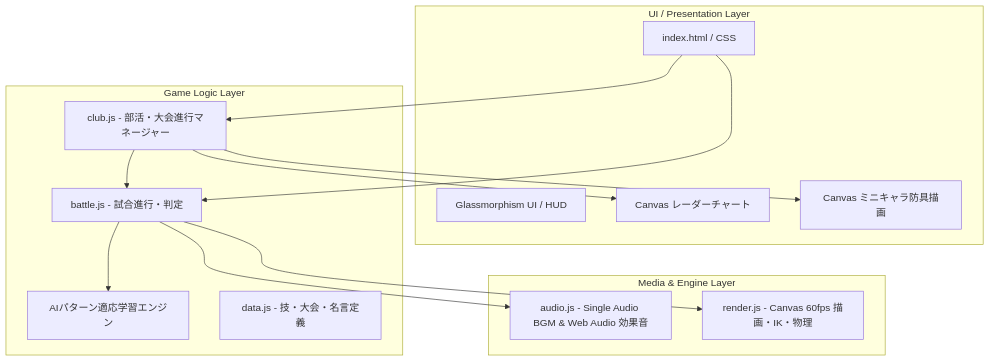
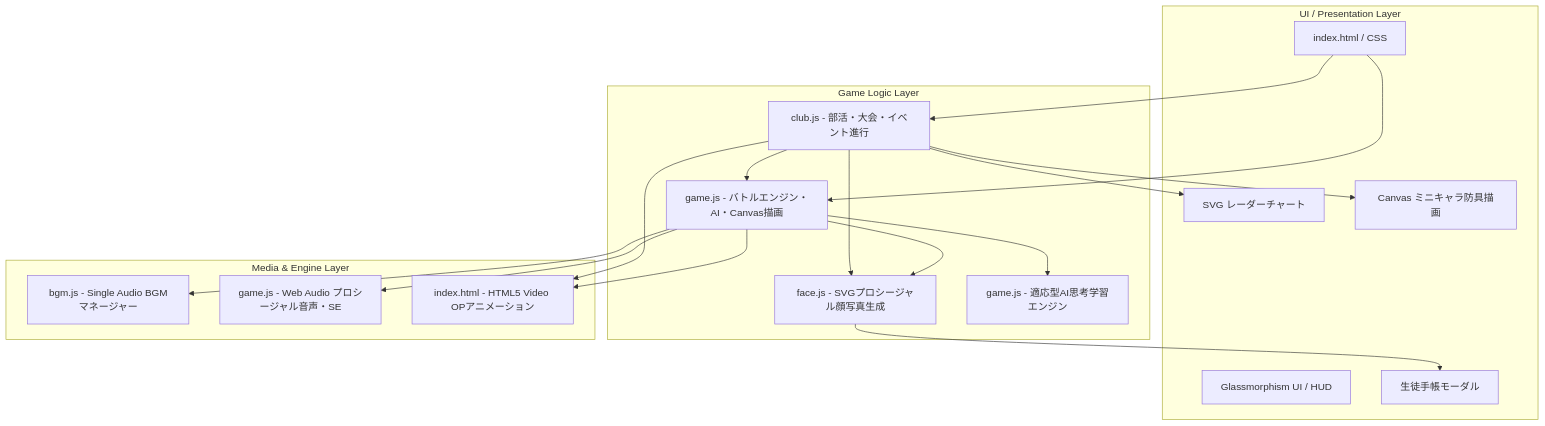
One commit to rinevo/Kendo changed the first of 2 diagrams in docs/technical-spec.md. Above: the diagram before and after it, drawn with Mermaid. The commit also changed other lines of this file and 5 other files, not shown here.

````diff
--- a/docs/technical-spec.md
+++ b/docs/technical-spec.md
@@ -32,30 +41,37 @@
 ```mermaid
 graph TD
     subgraph UI_Layer ["UI / Presentation Layer"]
         HTML[index.html / CSS]
         Glass[Glassmorphism UI / HUD]
-        Radar[Canvas レーダーチャート]
+        Handbook[生徒手帳モーダル]
+        Radar[SVG レーダーチャート]
         Chibi[Canvas ミニキャラ防具描画]
     end
 
     subgraph Game_Logic ["Game Logic Layer"]
-        ClubMgr[club.js - 部活・大会進行マネージャー]
-        BattleMgr[battle.js - 試合進行・判定]
-        AIEngine[AIパターン適応学習エンジン]
-        DataDef[data.js - 技・大会・名言定義]
+        ClubMgr[club.js - 部活・大会・イベント進行]
+        GameEngine[game.js - バトルエンジン・AI・Canvas描画]
+        FaceGen[face.js - SVGプロシージャル顔写真生成]
+        AIEngine[game.js - 適応型AI思考学習エンジン]
     end
 
     subgraph Media_Layer ["Media & Engine Layer"]
-        AudioEng[audio.js - Single Audio BGM & Web Audio 効果音]
-        RenderEng[render.js - Canvas 60fps 描画・IK・物理]
+        BGMMgr[bgm.js - Single Audio BGMマネージャー]
+        WebAudio[game.js - Web Audio プロシージャル音声・SE]
+        VideoPlayer[index.html - HTML5 Video OPアニメーション]
     end
 
     HTML --> ClubMgr
-    HTML --> BattleMgr
-    ClubMgr --> BattleMgr
-    BattleMgr --> AIEngine
-    BattleMgr --> AudioEng
-    BattleMgr --> RenderEng
+    HTML --> GameEngine
+    ClubMgr --> GameEngine
+    ClubMgr --> FaceGen
+    GameEngine --> FaceGen
+    GameEngine --> AIEngine
+    GameEngine --> BGMMgr
+    GameEngine --> WebAudio
+    ClubMgr --> VideoPlayer
+    GameEngine --> VideoPlayer
     ClubMgr --> Radar
     ClubMgr --> Chibi
+    FaceGen --> Handbook
 ```
````
